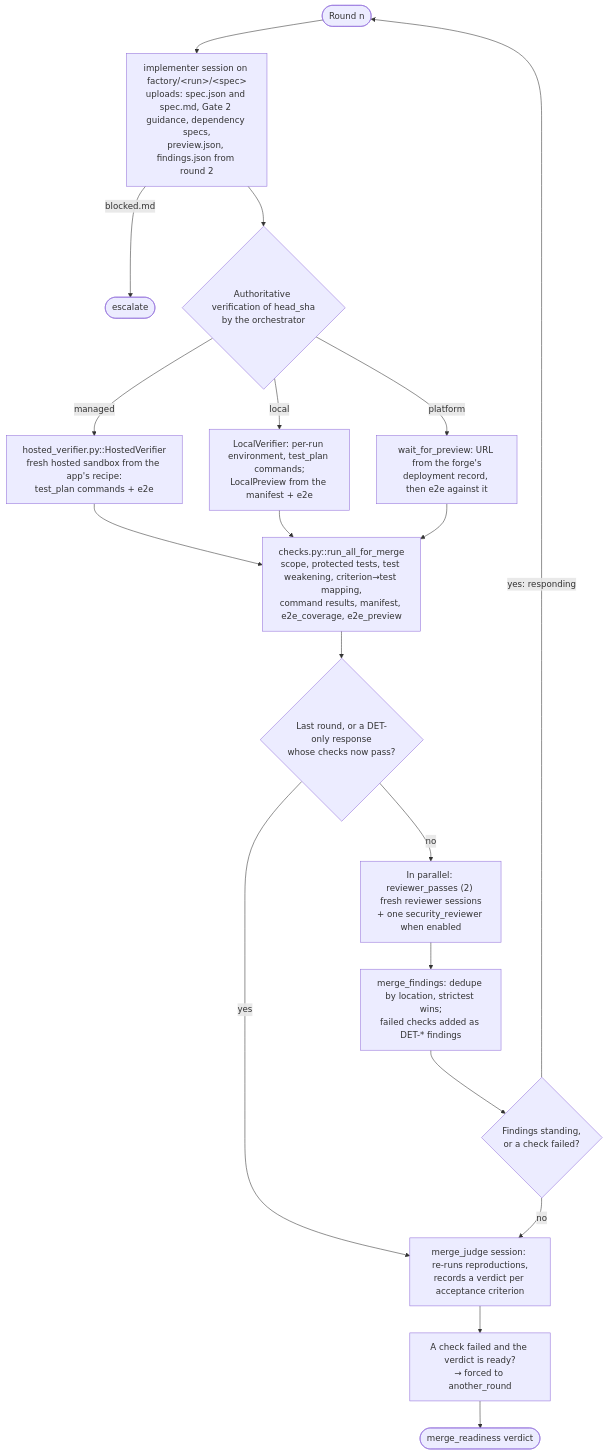
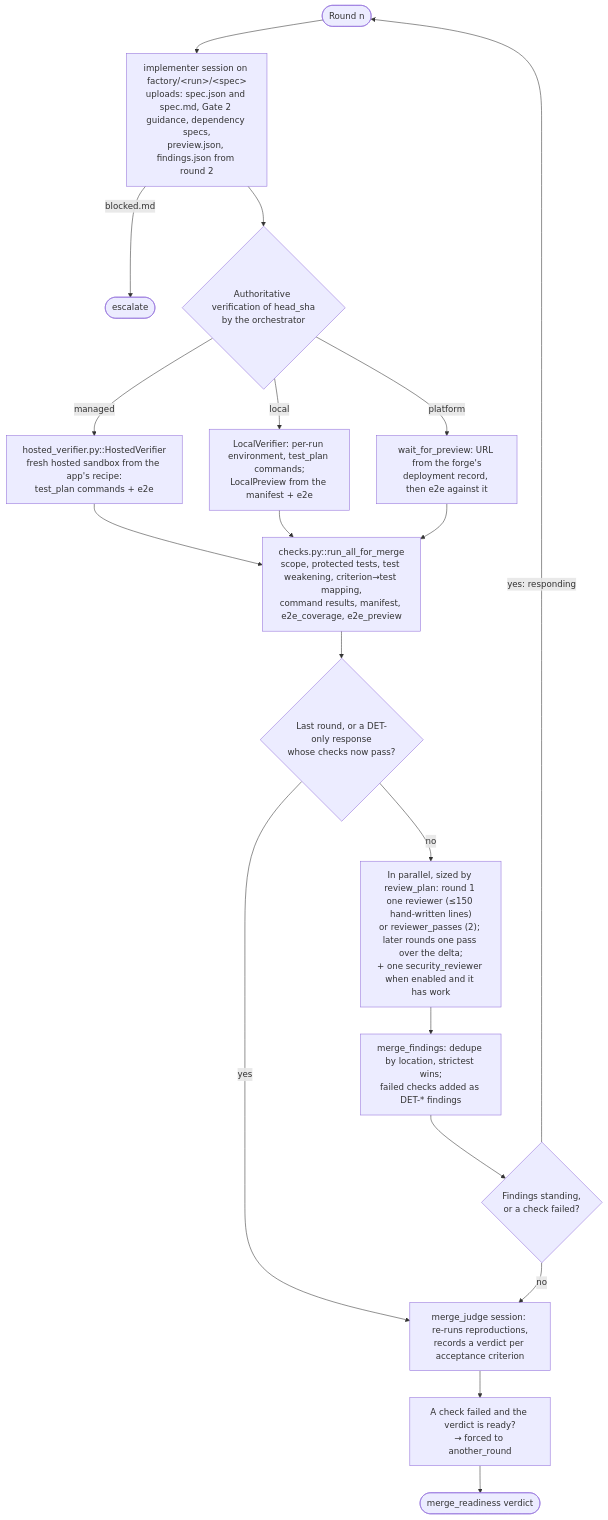
One commit to willtech3/factory_agents changed the second of 2 diagrams in docs/01-pipeline.md. Above: the diagram before and after it, drawn with Mermaid. The commit also changed other lines of this file and 26 other files, not shown here.

````diff
--- a/docs/01-pipeline.md
+++ b/docs/01-pipeline.md
@@ -84,21 +84,21 @@
 ```mermaid
 flowchart TD
   r0(["Round n"]) --> imp["implementer session on factory/&lt;run&gt;/&lt;spec&gt;<br/>uploads: spec.json and spec.md, Gate 2 guidance, dependency specs,<br/>preview.json, findings.json from round 2"]
   imp -- "blocked.md" --> blk(["escalate"])
   imp --> ver{"Authoritative verification of head_sha<br/>by the orchestrator"}
   ver -- "managed" --> hv["hosted_verifier.py::HostedVerifier<br/>fresh hosted sandbox from the app's recipe:<br/>test_plan commands + e2e"]
   ver -- "local" --> lv["LocalVerifier: per-run environment, test_plan commands;<br/>LocalPreview from the manifest + e2e"]
   ver -- "platform" --> pv["wait_for_preview: URL from the forge's<br/>deployment record, then e2e against it"]
   hv --> det
   lv --> det
   pv --> det
   det["checks.py::run_all_for_merge<br/>scope, protected tests, test weakening, criterion→test mapping,<br/>command results, manifest, e2e_coverage, e2e_preview"] --> last{"Last round, or a DET-only response<br/>whose checks now pass?"}
   last -- "yes" --> judge
-  last -- "no" --> rev["In parallel: reviewer_passes (2) fresh reviewer sessions<br/>+ one security_reviewer when enabled"]
+  last -- "no" --> rev["In parallel, sized by review_plan: round 1 one reviewer (≤150 hand-written lines)<br/>or reviewer_passes (2); later rounds one pass over the delta;<br/>+ one security_reviewer when enabled and it has work"]
   rev --> merge["merge_findings: dedupe by location, strictest wins;<br/>failed checks added as DET-* findings"]
   merge --> stand{"Findings standing,<br/>or a check failed?"}
   stand -- "no" --> judge
   stand -- "yes: responding" --> r0
   judge["merge_judge session: re-runs reproductions,<br/>records a verdict per acceptance criterion"] --> force["A check failed and the verdict is ready?<br/>→ forced to another_round"]
   force --> out(["merge_readiness verdict"])
 ```
````
